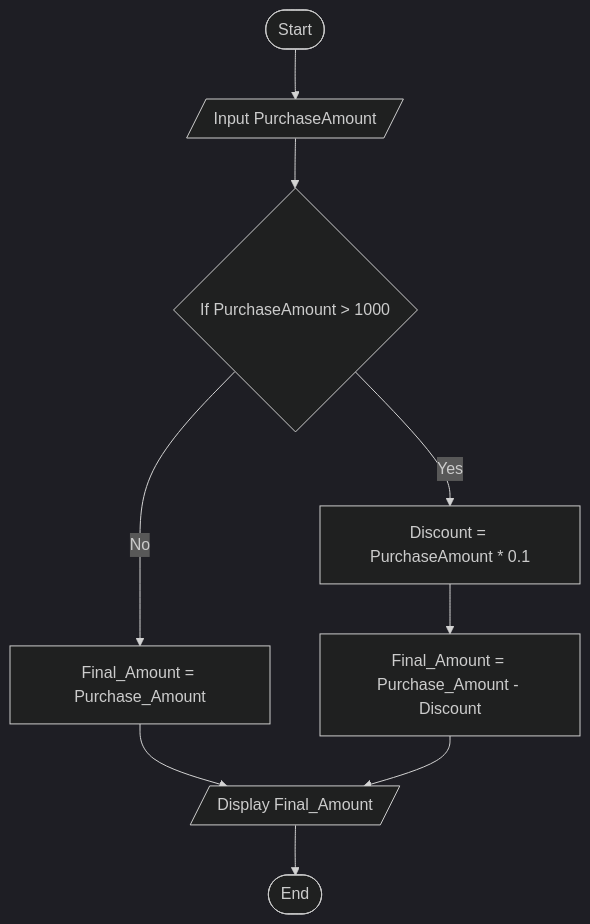
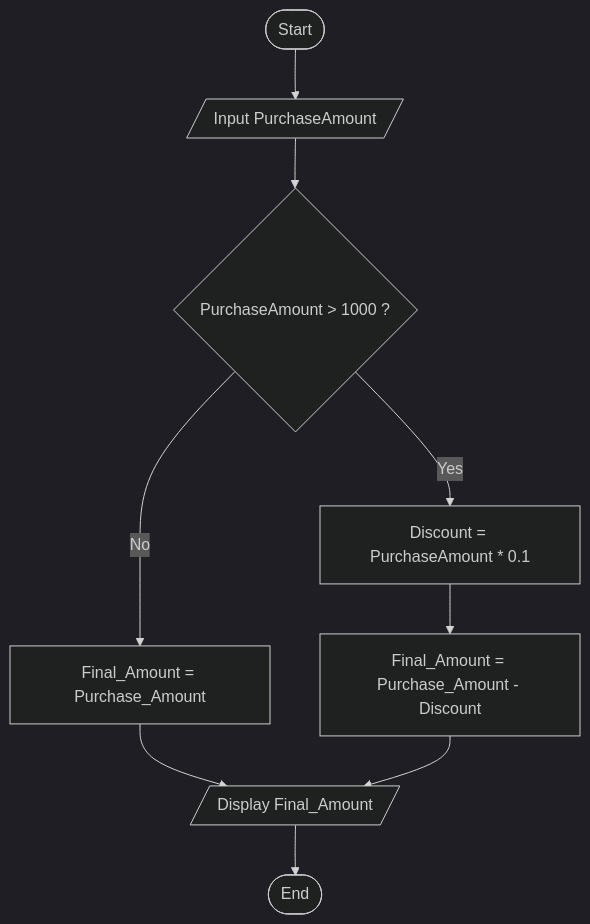
One commit to Padmaqaauto/Flowchart_and_Pseudocode changed the diagram in Algorithms/Purchase_Discount.md. Above: the diagram before and after it, drawn with Mermaid (dark theme). The commit also changed 12 other files, not shown here.

````diff
--- a/Algorithms/Purchase_Discount.md
+++ b/Algorithms/Purchase_Discount.md
@@ -34,13 +34,13 @@
 ```mermaid
 
 flowchart TD
     A(["Start"]) --> B[/Input PurchaseAmount/]
-    B --> C{"If PurchaseAmount > 1000"}
-    C --> |Yes| D[Discount = PurchaseAmount * 0.1]
+    B --> C{"PurchaseAmount > 1000 ?"}
+    C --> |Yes| D["Discount = PurchaseAmount * 0.1"]
     C --> |No| E["Final_Amount = Purchase_Amount"]
     D --> F["Final_Amount = Purchase_Amount - Discount"]
     E --> G[/Display Final_Amount/]
     F --> G
     G --> H(["End"])
 
 ```
````
